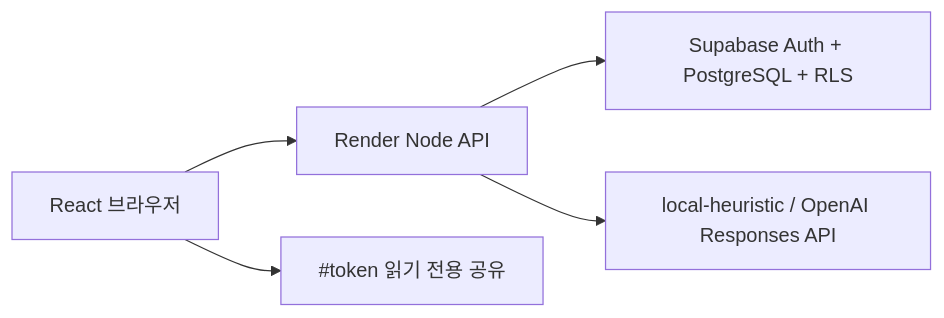
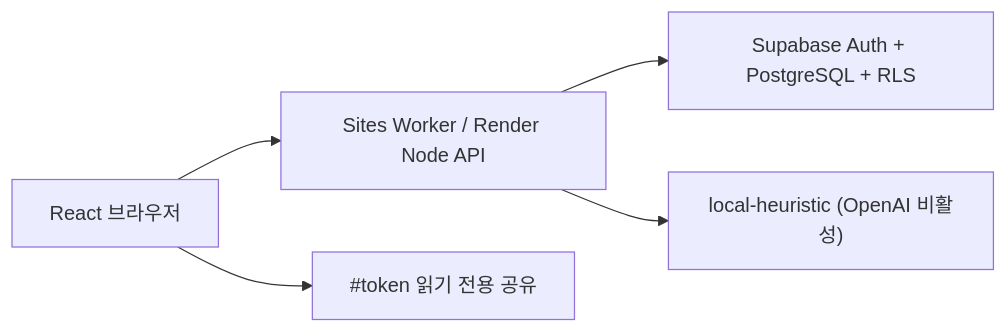
The diagram in docs/pr-description-draft.md (Mureung1/hub-showcase), drawn with Mermaid before and after one commit. The commit also changed other lines of this file and 11 other files, not shown here.

````diff
--- a/docs/pr-description-draft.md
+++ b/docs/pr-description-draft.md
@@ -13,7 +13,7 @@
 ```mermaid
 flowchart LR
-    A["React 브라우저"] --> B["Render Node API"]
+    A["React 브라우저"] --> B["Sites Worker / Render Node API"]
     B --> C["Supabase Auth + PostgreSQL + RLS"]
-    B --> D["local-heuristic / OpenAI Responses API"]
+    B --> D["local-heuristic (OpenAI 비활성)"]
     A --> E["#token 읽기 전용 공유"]
 ```
````
